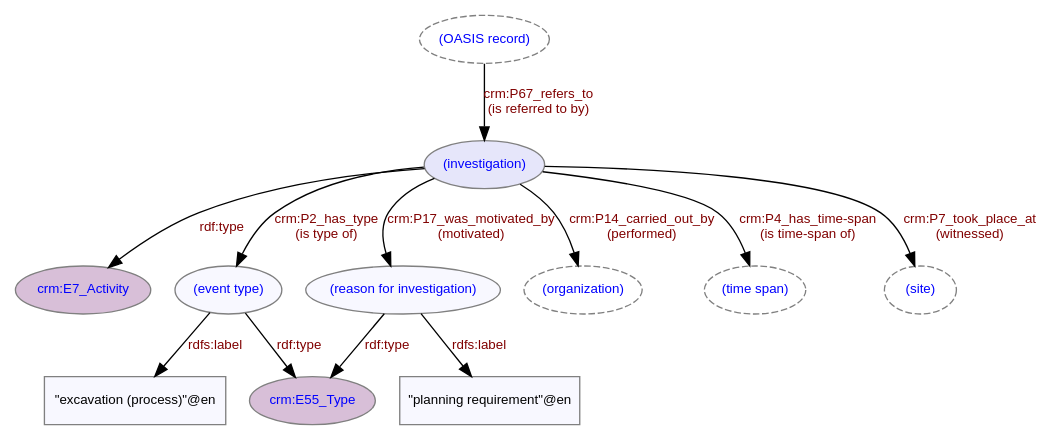
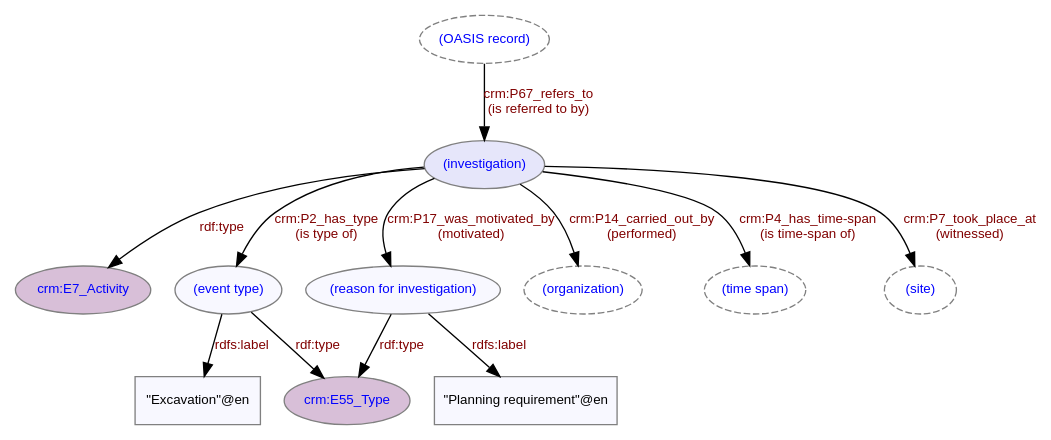
Before and after one commit to cbinding/LD4HE: the diagram in diagrams/ld4he-investigation.dot, drawn with Graphviz. The commit also changed 45 other files, not shown here.

```diff
--- a/diagrams/ld4he-investigation.dot
+++ b/diagrams/ld4he-investigation.dot
@@ -1,26 +1,26 @@
 digraph {
    // label = "Investigation";
    // labelloc = "t";
    node [color=gray, fontcolor=blue, fontsize=10, fontname=Arial, style=filled, fillcolor=ghostwhite];
    edge [color=black, fontcolor=maroon, fontsize=10, fontname=Arial];
    "crm:E7_Activity" [fillcolor=thistle, URL="http://www.cidoc-crm.org/cidoc-crm/E7_Activity"];   
    "crm:E55_Type" [fillcolor=thistle, URL="http://www.cidoc-crm.org/cidoc-crm/E55_Type"];
    "(OASIS record)" [style=dashed];
    "(investigation)" [fillcolor=lavender];
    "(OASIS record)" -> "(investigation)" [label="crm:P67_refers_to\n(is referred to by)", labelURL="http://www.cidoc-crm.org/cidoc-crm/P67_refers_to"];
    "(investigation)" -> "crm:E7_Activity" [label="rdf:type", labelURL="http://www.w3.org/1999/02/22-rdf-syntax-ns#type"];
    "(investigation)" -> "(event type)" [label="crm:P2_has_type\n(is type of)", labelURL="http://www.cidoc-crm.org/cidoc-crm/P2_has_type"];
    "(investigation)" -> "(reason for investigation)" [label="crm:P17_was_motivated_by\n(motivated)", labelURL="http://www.cidoc-crm.org/cidoc-crm/P17_was_motivated_by"];
    "(reason for investigation)" -> "crm:E55_Type" [label="rdf:type", labelURL="http://www.w3.org/1999/02/22-rdf-syntax-ns#type"];
-   "(reason for investigation)" -> "\"planning requirement\"@en" [label="rdfs:label", labelURL="http://www.w3.org/2000/01/rdf-schema#label"];
-   "\"planning requirement\"@en" [shape=box, fontcolor=black];
+   "(reason for investigation)" -> "\"Planning requirement\"@en" [label="rdfs:label", labelURL="http://www.w3.org/2000/01/rdf-schema#label"];
+   "\"Planning requirement\"@en" [shape=box, fontcolor=black];
    "(event type)" -> "crm:E55_Type" [label="rdf:type", labelURL="http://www.w3.org/1999/02/22-rdf-syntax-ns#type"];
-   "(event type)" -> "\"excavation (process)\"@en" [label="rdfs:label", labelURL="http://www.w3.org/2000/01/rdf-schema#label"];
-   "\"excavation (process)\"@en" [shape=box, fontcolor=black];
+   "(event type)" -> "\"Excavation\"@en" [label="rdfs:label", labelURL="http://www.w3.org/2000/01/rdf-schema#label"];
+   "\"Excavation\"@en" [shape=box, fontcolor=black];
    "(investigation)" -> "(organization)" [label="crm:P14_carried_out_by\n(performed)", labelURL="http://www.cidoc-crm.org/cidoc-crm/P14_carried_out_by"];
    "(organization)" [style=dashed];
    "(investigation)" -> "(time span)" [label="crm:P4_has_time-span\n(is time-span of)", labelURL="http://www.cidoc-crm.org/cidoc-crm/P4_has_time-span"];
    "(investigation)" -> "(site)" [label="crm:P7_took_place_at\n(witnessed)", labelURL="http://www.cidoc-crm.org/cidoc-crm/P7_took_place_at"]; 
    "(site)" [style=dashed]; 
    "(time span)" [style=dashed]; 
 }
```
